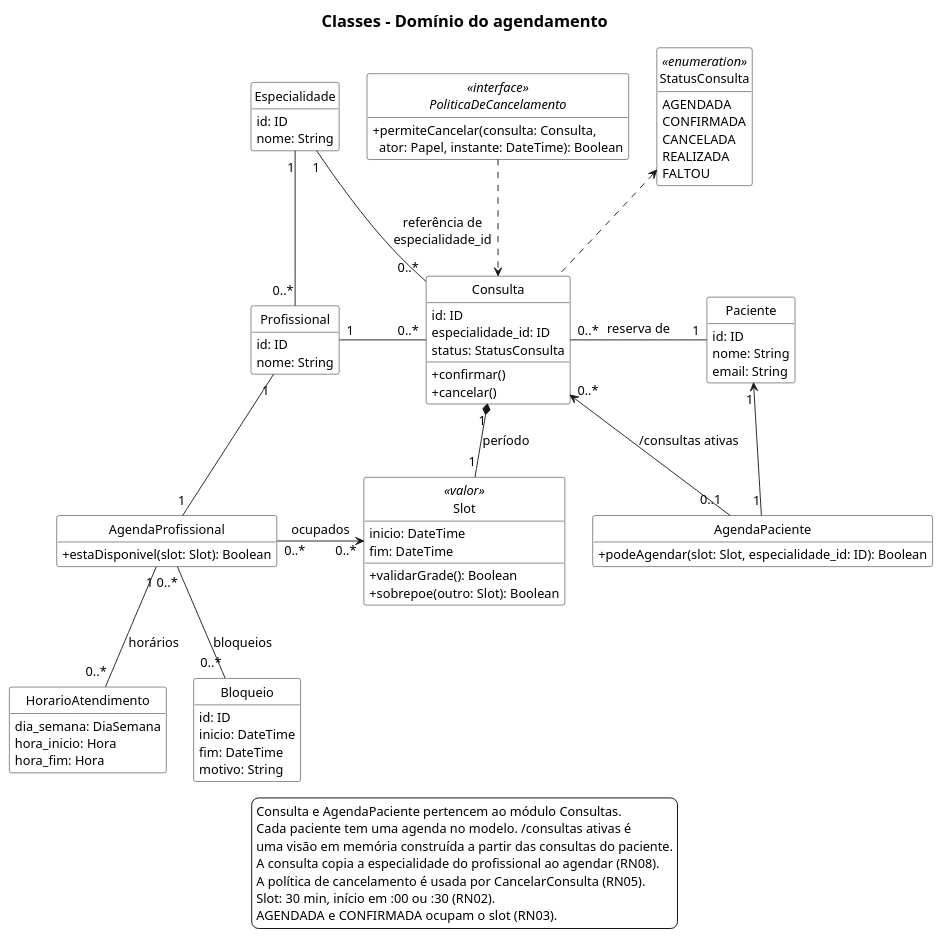
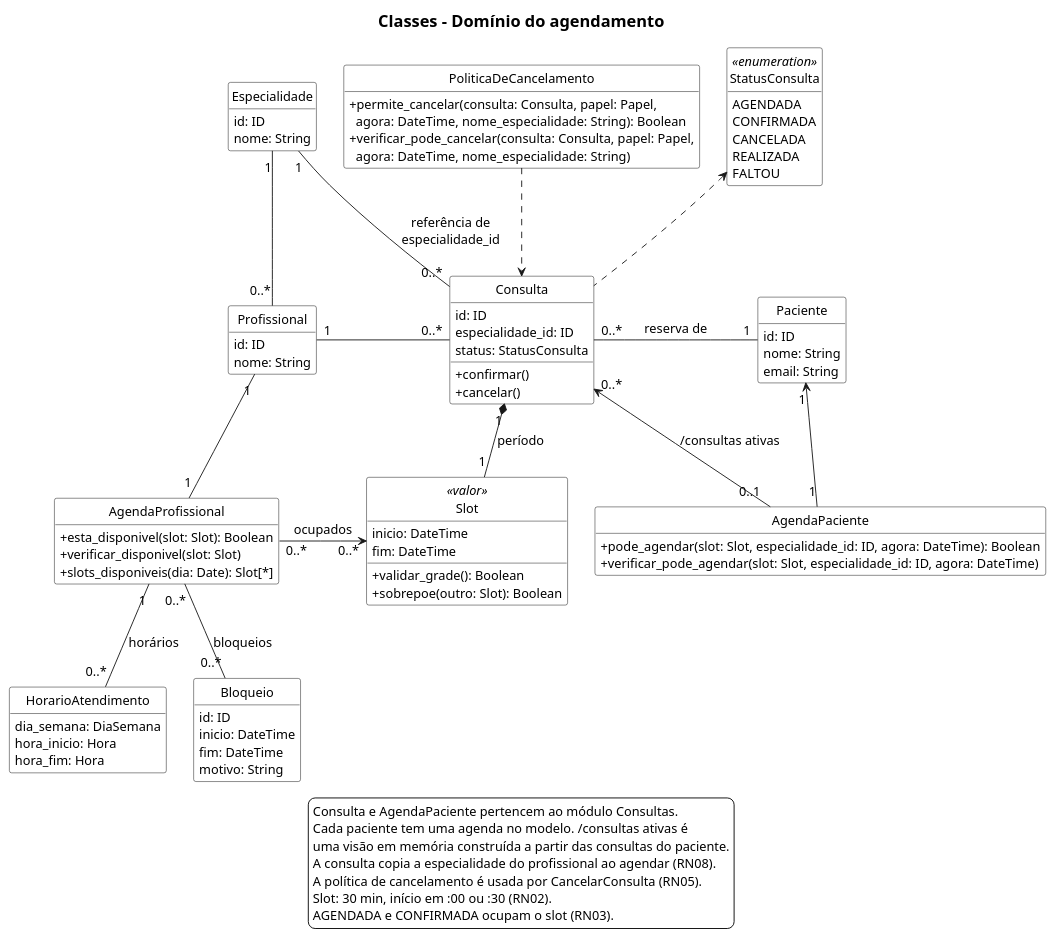
The diagram in docs/diagramas/classes.puml (luizeduarte/agenda-clinica), drawn with PlantUML before and after one commit. The commit also changed 37 other files, not shown here.

```diff
--- a/docs/diagramas/classes.puml
+++ b/docs/diagramas/classes.puml
@@ -1,98 +1,102 @@
 @startuml classes
 
 skinparam monochrome true
 skinparam shadowing false
 skinparam defaultFontName SansSerif
 skinparam defaultFontSize 14
 skinparam titleFontSize 18
 skinparam classBackgroundColor white
 skinparam classBorderColor black
 skinparam legendBackgroundColor white
 skinparam classAttributeIconSize 0
 skinparam nodesep 30
 hide empty members
 hide circle
 
 title Classes - Domínio do agendamento
 
 class Especialidade {
   id: ID
   nome: String
 }
 class Profissional {
   id: ID
   nome: String
 }
 class Paciente {
   id: ID
   nome: String
   email: String
 }
 class AgendaProfissional {
-  +estaDisponivel(slot: Slot): Boolean
+  +esta_disponivel(slot: Slot): Boolean
+  +verificar_disponivel(slot: Slot)
+  +slots_disponiveis(dia: Date): Slot[*]
 }
 class HorarioAtendimento {
   dia_semana: DiaSemana
   hora_inicio: Hora
   hora_fim: Hora
 }
 class Bloqueio {
   id: ID
   inicio: DateTime
   fim: DateTime
   motivo: String
 }
 class Consulta {
   id: ID
   especialidade_id: ID
   status: StatusConsulta
   +confirmar()
   +cancelar()
 }
 class AgendaPaciente {
-  +podeAgendar(slot: Slot, especialidade_id: ID): Boolean
+  +pode_agendar(slot: Slot, especialidade_id: ID, agora: DateTime): Boolean
+  +verificar_pode_agendar(slot: Slot, especialidade_id: ID, agora: DateTime)
 }
 class Slot <<valor>> {
   inicio: DateTime
   fim: DateTime
-  +validarGrade(): Boolean
+  +validar_grade(): Boolean
   +sobrepoe(outro: Slot): Boolean
 }
 enum StatusConsulta <<enumeration>> {
   AGENDADA
   CONFIRMADA
   CANCELADA
   REALIZADA
   FALTOU
 }
-interface PoliticaDeCancelamento <<interface>> {
-  +permiteCancelar(consulta: Consulta,\n  ator: Papel, instante: DateTime): Boolean
+class PoliticaDeCancelamento {
+  +permite_cancelar(consulta: Consulta, papel: Papel,\n  agora: DateTime, nome_especialidade: String): Boolean
+  +verificar_pode_cancelar(consulta: Consulta, papel: Papel,\n  agora: DateTime, nome_especialidade: String)
 }
 
 Profissional "0..*" -up- "1" Especialidade
 Consulta "0..*" -up- "1" Especialidade : referência de\nespecialidade_id
 Profissional "1" -right- "0..*" Consulta
 Consulta "0..*" -right- "1" Paciente : reserva de
 
 Profissional "1" -down- "1" AgendaProfissional
 AgendaPaciente "1" -up-> "1" Paciente
 AgendaPaciente "0..1" -up-> "0..*" Consulta : /consultas ativas
 
 Consulta "1" *-down- "1" Slot : período
 AgendaProfissional "0..*" -right-> "0..*" Slot : ocupados
 AgendaProfissional "1" -down- "0..*" HorarioAtendimento : horários
 AgendaProfissional "0..*" -down- "0..*" Bloqueio : bloqueios
 
 PoliticaDeCancelamento .down.> Consulta
 Consulta .up.> StatusConsulta
 
 legend bottom
   Consulta e AgendaPaciente pertencem ao módulo Consultas.
   Cada paciente tem uma agenda no modelo. /consultas ativas é
   uma visão em memória construída a partir das consultas do paciente.
   A consulta copia a especialidade do profissional ao agendar (RN08).
   A política de cancelamento é usada por CancelarConsulta (RN05).
   Slot: 30 min, início em :00 ou :30 (RN02).
   AGENDADA e CONFIRMADA ocupam o slot (RN03).
 endlegend
 @enduml
```
